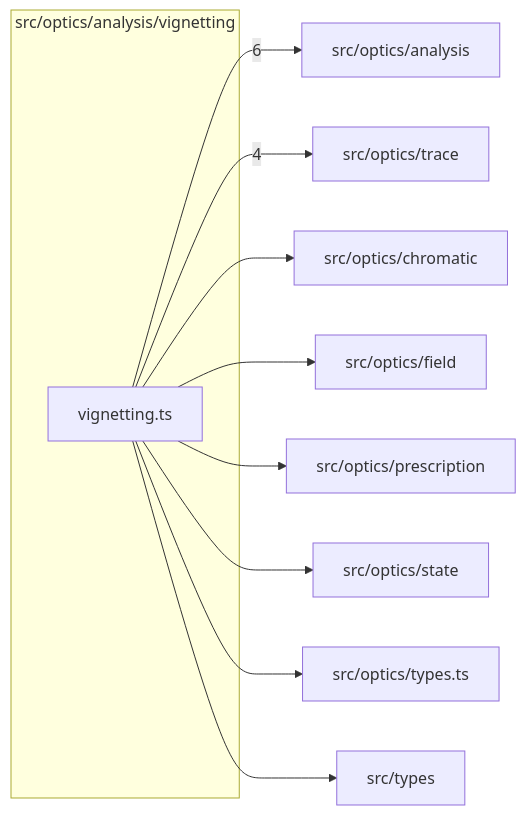
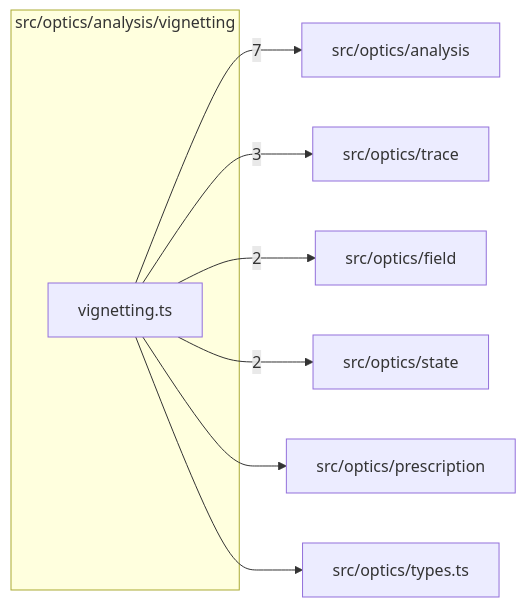
One commit to ronbuening/LensVisualizer changed the diagram in src/optics/analysis/vignetting/readme.md. Above: the diagram before and after it, drawn with Mermaid. The commit also changed other lines of this file and 16 other files, not shown here.

````diff
--- a/src/optics/analysis/vignetting/readme.md
+++ b/src/optics/analysis/vignetting/readme.md
@@ -9,22 +9,18 @@
 ```mermaid
 flowchart LR
   subgraph n_src_optics_analysis_vignetting["src/optics/analysis/vignetting"]
     n_src_optics_analysis_vignetting_src_optics_analysis_vignetting_vignetting_ts["vignetting.ts"]
   end
   n_external_src_optics_analysis["src/optics/analysis"]
   n_external_src_optics_trace["src/optics/trace"]
-  n_external_src_optics_chromatic["src/optics/chromatic"]
   n_external_src_optics_field["src/optics/field"]
+  n_external_src_optics_state["src/optics/state"]
   n_external_src_optics_prescription["src/optics/prescription"]
-  n_external_src_optics_state["src/optics/state"]
   n_external_src_optics_types_ts["src/optics/types.ts"]
-  n_external_src_types["src/types"]
-  n_src_optics_analysis_vignetting_src_optics_analysis_vignetting_vignetting_ts --> |6| n_external_src_optics_analysis
-  n_src_optics_analysis_vignetting_src_optics_analysis_vignetting_vignetting_ts --> |4| n_external_src_optics_trace
-  n_src_optics_analysis_vignetting_src_optics_analysis_vignetting_vignetting_ts --> n_external_src_optics_chromatic
-  n_src_optics_analysis_vignetting_src_optics_analysis_vignetting_vignetting_ts --> n_external_src_optics_field
+  n_src_optics_analysis_vignetting_src_optics_analysis_vignetting_vignetting_ts --> |7| n_external_src_optics_analysis
+  n_src_optics_analysis_vignetting_src_optics_analysis_vignetting_vignetting_ts --> |3| n_external_src_optics_trace
+  n_src_optics_analysis_vignetting_src_optics_analysis_vignetting_vignetting_ts --> |2| n_external_src_optics_field
+  n_src_optics_analysis_vignetting_src_optics_analysis_vignetting_vignetting_ts --> |2| n_external_src_optics_state
   n_src_optics_analysis_vignetting_src_optics_analysis_vignetting_vignetting_ts --> n_external_src_optics_prescription
-  n_src_optics_analysis_vignetting_src_optics_analysis_vignetting_vignetting_ts --> n_external_src_optics_state
   n_src_optics_analysis_vignetting_src_optics_analysis_vignetting_vignetting_ts --> n_external_src_optics_types_ts
-  n_src_optics_analysis_vignetting_src_optics_analysis_vignetting_vignetting_ts --> n_external_src_types
 ```
````
